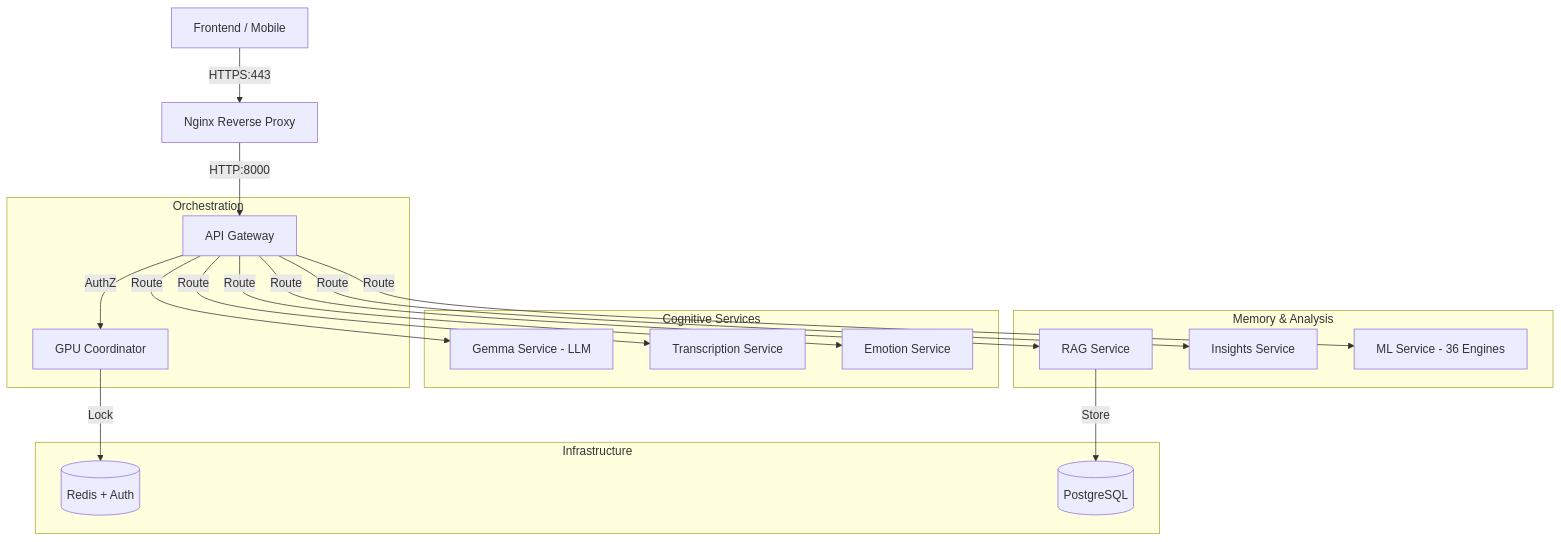
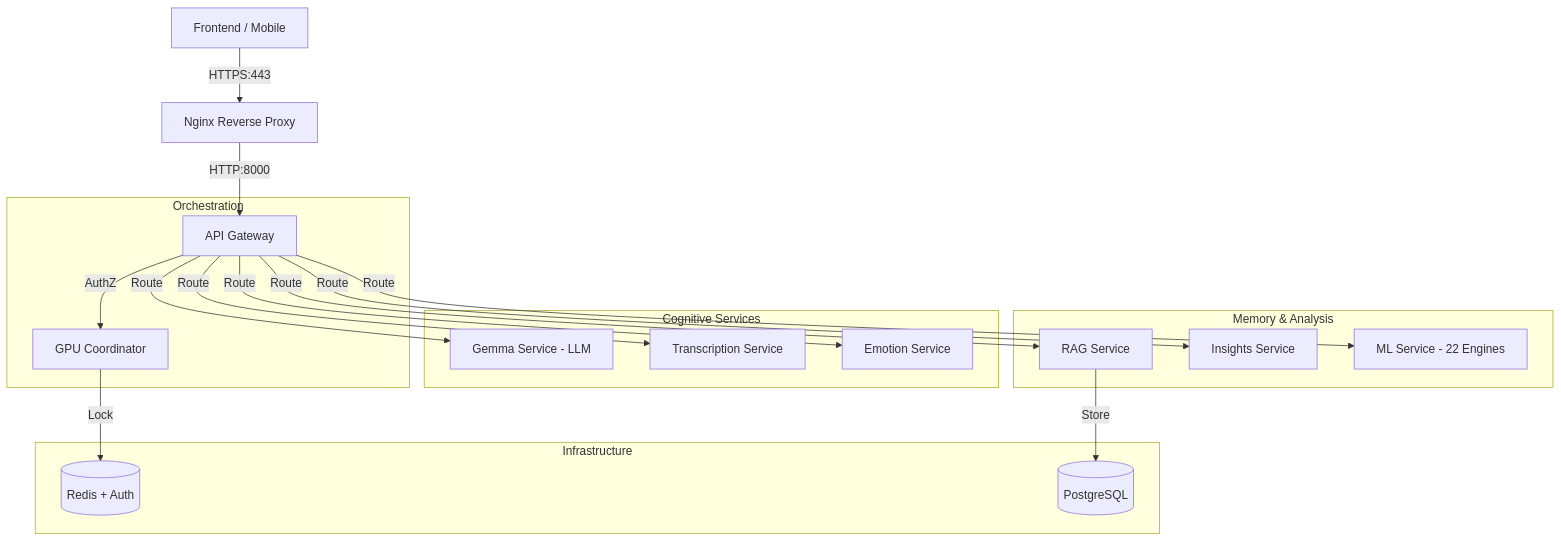
Before and after one commit to pruittcolon/Vox_Amelior: the first of 2 diagrams in docs/ARCHITECTURE.md, drawn with Mermaid. The commit also changed other lines of this file and 51 other files, not shown here.

````diff
--- a/docs/ARCHITECTURE.md
+++ b/docs/ARCHITECTURE.md
@@ -17,26 +17,26 @@
 ```mermaid
 graph TD
     Client[Frontend / Mobile] -->|HTTPS:443| Nginx[Nginx Reverse Proxy]
     Nginx -->|HTTP:8000| Gateway[API Gateway]
     
     subgraph "Orchestration"
         Gateway -->|AuthZ| Queue[GPU Coordinator]
     end
     
     subgraph "Cognitive Services"
         Gateway -->|Route| Gemma[Gemma Service - LLM]
         Gateway -->|Route| Transcribe[Transcription Service]
         Gateway -->|Route| Emotion[Emotion Service]
     end
     
     subgraph "Memory & Analysis"
         Gateway -->|Route| RAG[RAG Service]
         Gateway -->|Route| Insights[Insights Service]
-        Gateway -->|Route| ML[ML Service - 36 Engines]
+        Gateway -->|Route| ML[ML Service - 22 Engines]
     end
     
     subgraph "Infrastructure"
         Queue -->|Lock| Redis[(Redis + Auth)]
         RAG -->|Store| Postgres[(PostgreSQL)]
     end
 ```
````
